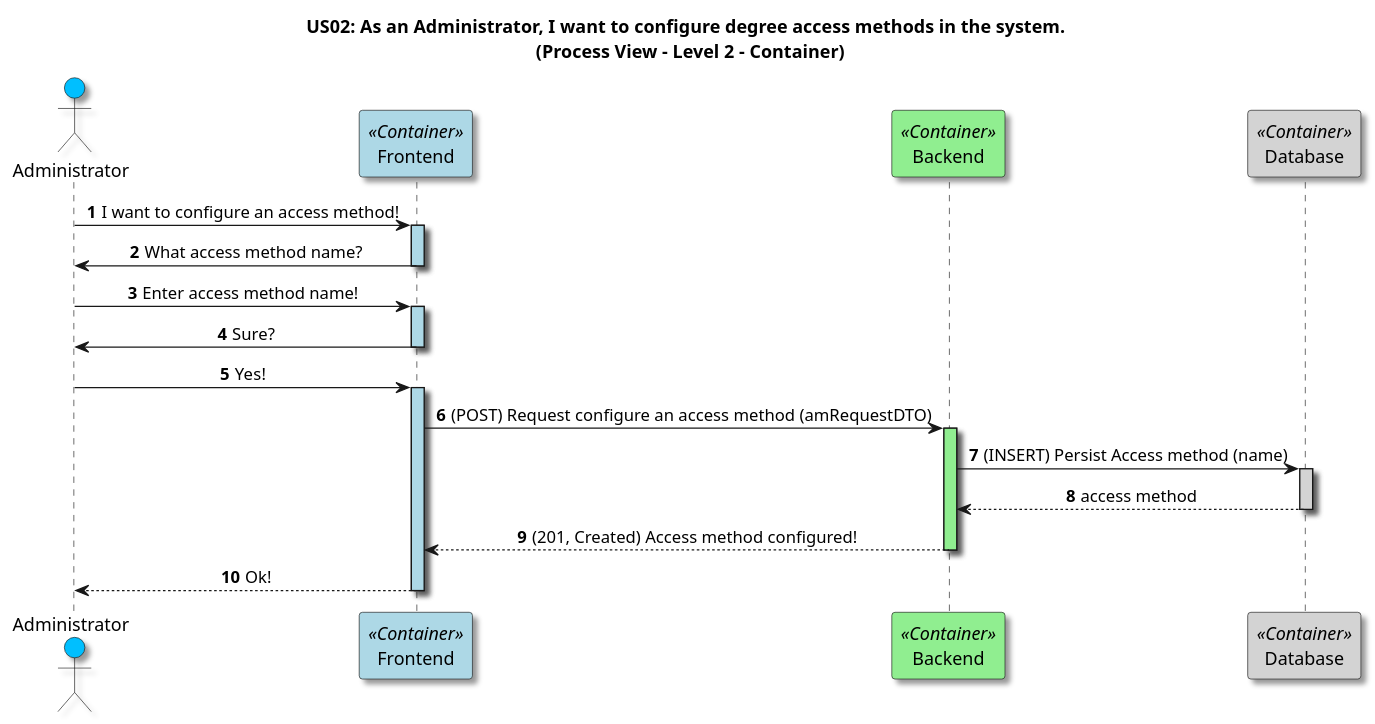
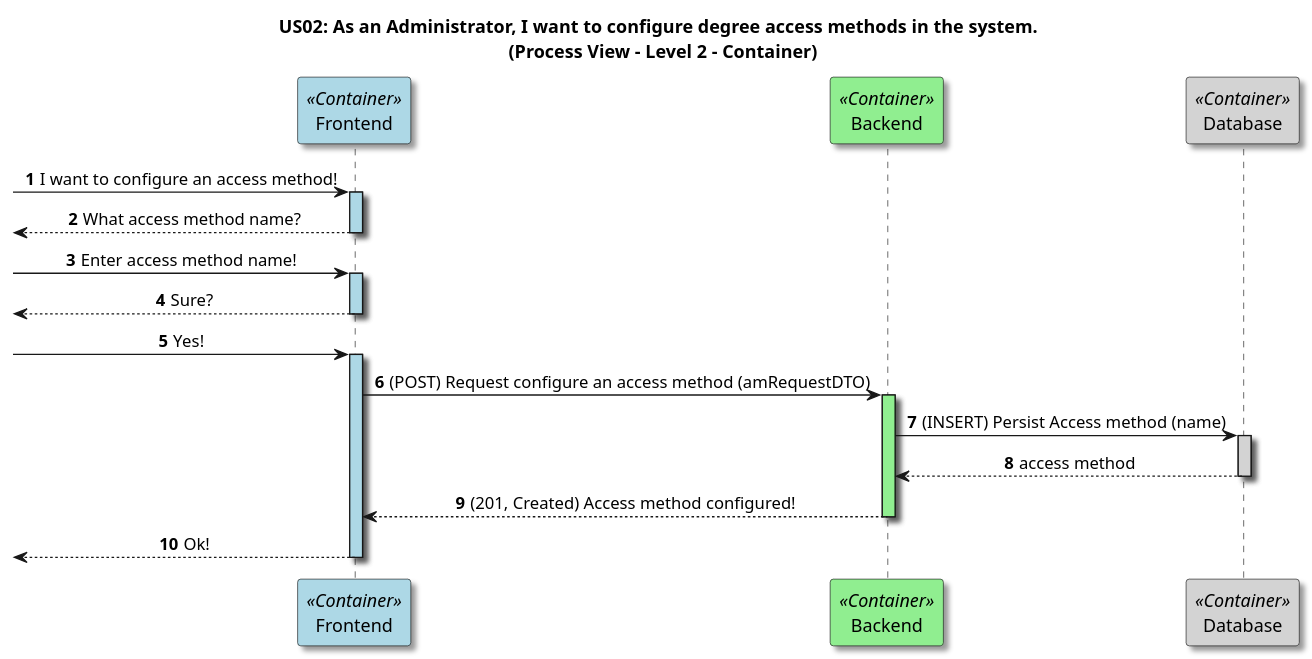
The diagram in docs/US02/Sprint6_RestAPI/ProcessView/Level2.puml (GasparISEP/DevOps-PAI), drawn with PlantUML before and after one commit.

Commit message:
refactor(diagrams): update Level2 diagram for improved clarity in access method configuration flow (#538 #555)

```diff
--- a/docs/US02/Sprint6_RestAPI/ProcessView/Level2.puml
+++ b/docs/US02/Sprint6_RestAPI/ProcessView/Level2.puml
@@ -1,44 +1,44 @@
 @startuml
 title US02: As an Administrator, I want to configure degree access methods in the system. \n (Process View - Level 2 - Container)
 
 skinparam defaultTextAlignment center
 skinparam shadowing true
 
 autonumber
 
-actor Administrator as admin #DeepSkyBlue
+
 participant "Frontend" as FE <<Container>> #LightBlue
 participant "Backend" as BE <<Container>> #LightGreen
 participant "Database" as DB <<Container>> #LightGray
 
 ' Início do processo
-admin -> FE: I want to configure an access method!
+-> FE: I want to configure an access method!
 activate FE #LightBlue
 
-FE -> admin: What access method name?
+<-- FE: What access method name?
 deactivate FE
 
-admin -> FE: Enter access method name!
+-> FE: Enter access method name!
 activate FE #LightBlue
 
-FE -> admin: Sure?
+<-- FE: Sure?
 deactivate FE
 
-admin -> FE: Yes!
+-> FE: Yes!
 activate FE #LightBlue
 
 FE -> BE: (POST) Request configure an access method (amRequestDTO)
 activate BE #LightGreen
 
 BE -> DB: (INSERT) Persist Access method (name)
 activate DB #LightGray
 DB --> BE: access method
 deactivate DB
 
 BE --> FE: (201, Created) Access method configured!
 deactivate BE
 
-FE --> admin: Ok!
+<-- FE: Ok!
 deactivate FE
 
 @enduml
```
